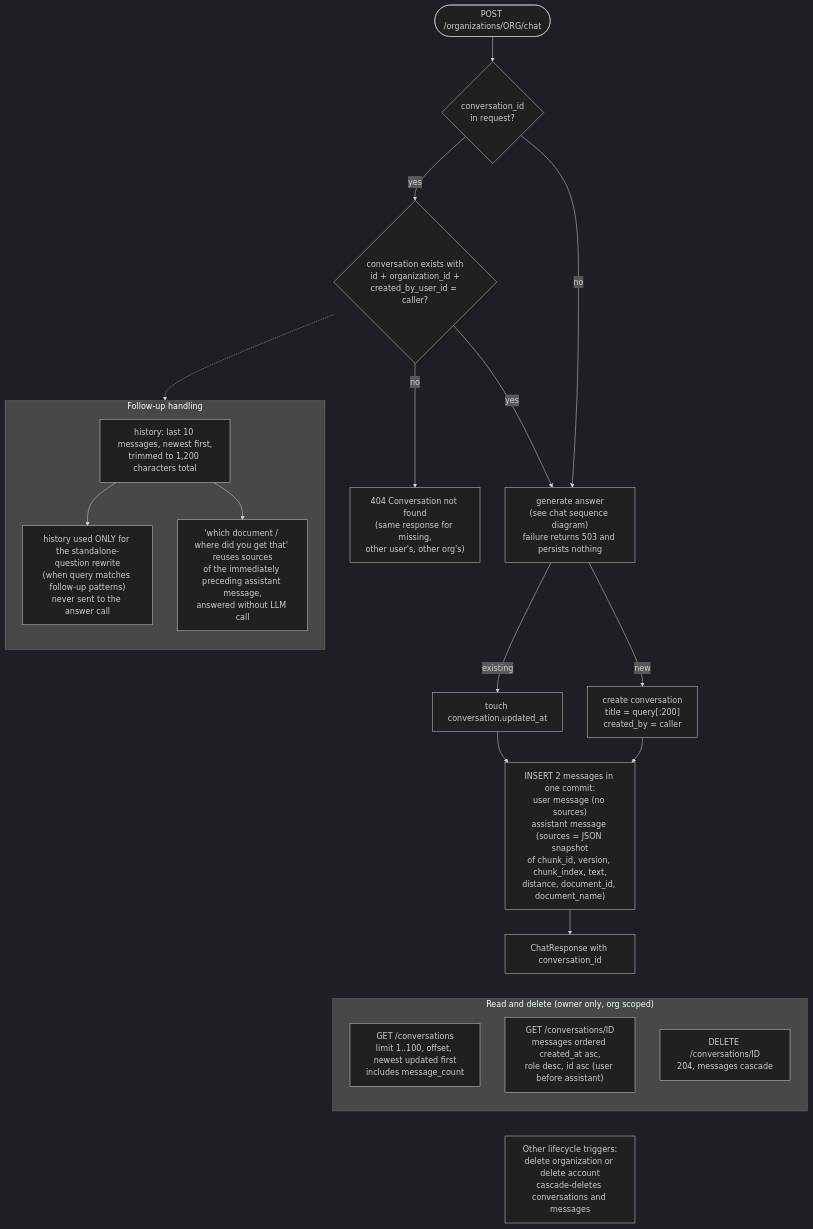
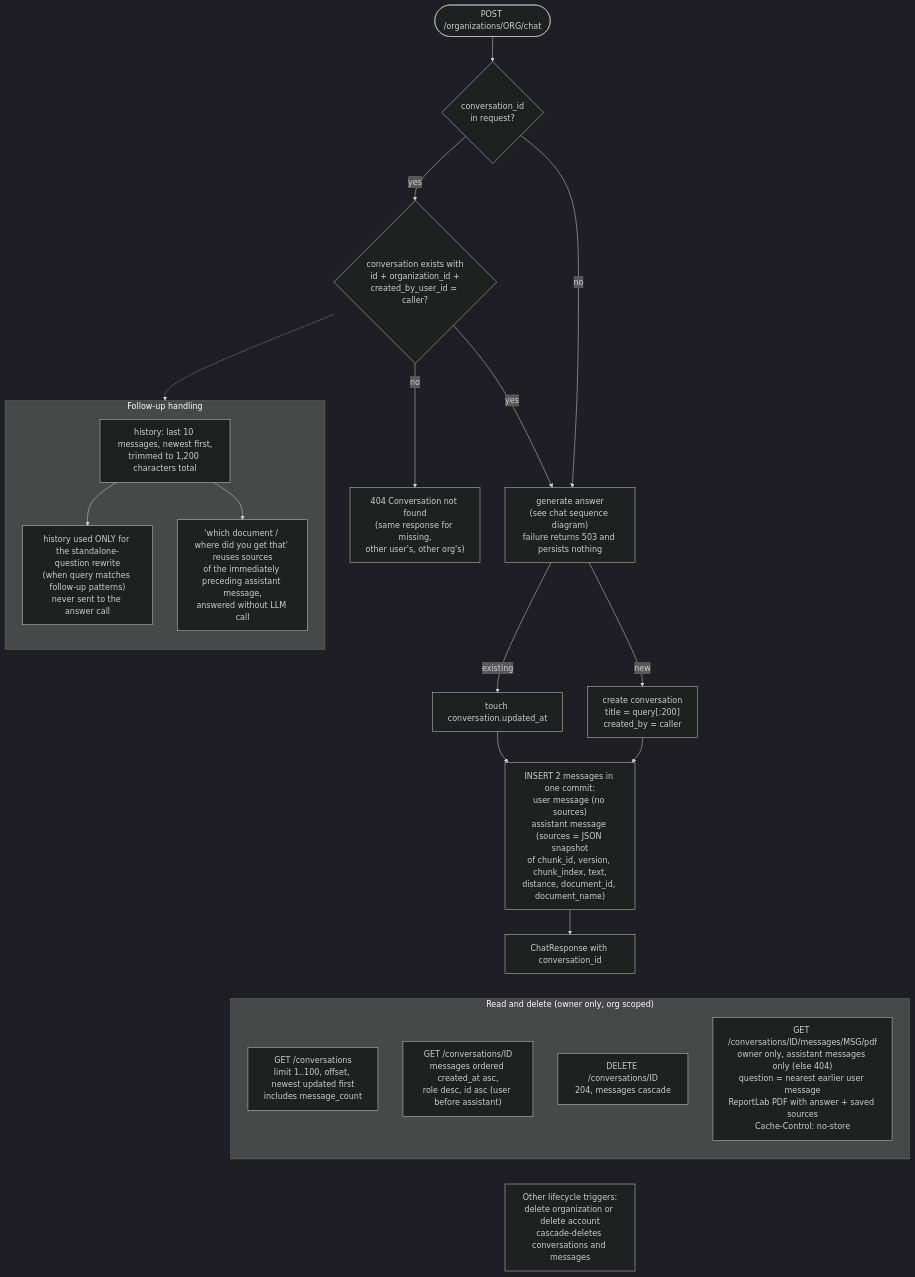
The diagram in docs/diagrams/09-conversation-lifecycle.mmd (Samir-pemi-magar/Docpilot), drawn with Mermaid (dark theme) before and after one commit. The commit also changed 16 other files, not shown here.

Commit message:
docs: update README and architecture diagrams

```diff
--- a/docs/diagrams/09-conversation-lifecycle.mmd
+++ b/docs/diagrams/09-conversation-lifecycle.mmd
@@ -1,44 +1,45 @@
 %% DocPilot - Conversation lifecycle and ownership rules
-%% Re-verified (this pass): spot-checked conversation routes and ordering; unchanged. The SPA now exposes list/open/delete in a sidebar.
+%% Updated: answer PDF export added. The SPA exposes list/open/delete in a sidebar and a Download PDF button per answer.
 %% Conversations are created only as a side effect of POST /chat. There is no
 %% create, rename or update endpoint. All access requires membership AND ownership.
 flowchart TD
     start(["POST /organizations/ORG/chat"])
     has{"conversation_id<br/>in request?"}
     owncheck{"conversation exists with<br/>id + organization_id +<br/>created_by_user_id = caller?"}
     nf["404 Conversation not found<br/>(same response for missing,<br/>other user's, other org's)"]
     gen["generate answer<br/>(see chat sequence diagram)<br/>failure returns 503 and persists nothing"]
     newc["create conversation<br/>title = query[:200]<br/>created_by = caller"]
     upd["touch conversation.updated_at"]
     msgs["INSERT 2 messages in one commit:<br/>user message (no sources)<br/>assistant message (sources = JSON snapshot<br/>of chunk_id, version, chunk_index, text,<br/>distance, document_id, document_name)"]
     resp["ChatResponse with conversation_id"]
 
     start --> has
     has -->|"no"| gen
     has -->|"yes"| owncheck
     owncheck -->|"no"| nf
     owncheck -->|"yes"| gen
     gen -->|"new"| newc --> msgs
     gen -->|"existing"| upd --> msgs
     msgs --> resp
 
     subgraph follow["Follow-up handling"]
         direction TB
         f1["history: last 10 messages, newest first,<br/>trimmed to 1,200 characters total"]
         f2["history used ONLY for the standalone-question rewrite<br/>(when query matches follow-up patterns)<br/>never sent to the answer call"]
         f3["'which document / where did you get that' reuses sources<br/>of the immediately preceding assistant message,<br/>answered without LLM call"]
         f1 --> f2
         f1 --> f3
     end
     owncheck -.-> follow
 
     subgraph read["Read and delete (owner only, org scoped)"]
         direction TB
         lst["GET /conversations<br/>limit 1..100, offset, newest updated first<br/>includes message_count"]
         get["GET /conversations/ID<br/>messages ordered created_at asc,<br/>role desc, id asc (user before assistant)"]
         del["DELETE /conversations/ID<br/>204, messages cascade"]
+        pdf["GET /conversations/ID/messages/MSG/pdf<br/>owner only, assistant messages only (else 404)<br/>question = nearest earlier user message<br/>ReportLab PDF with answer + saved sources<br/>Cache-Control: no-store"]
     end
     resp ~~~ read
 
     life["Other lifecycle triggers:<br/>delete organization or delete account<br/>cascade-deletes conversations and messages"]
     read ~~~ life
```
